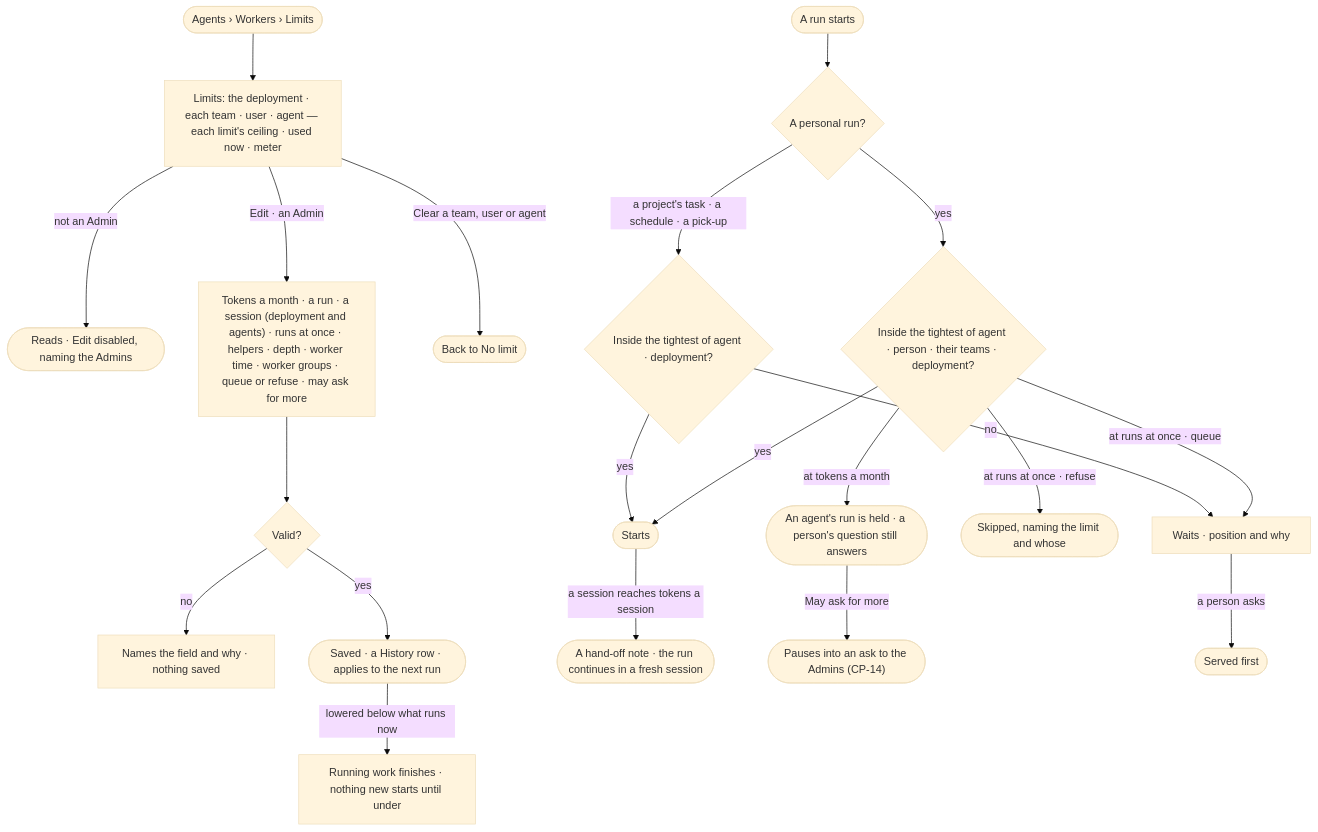
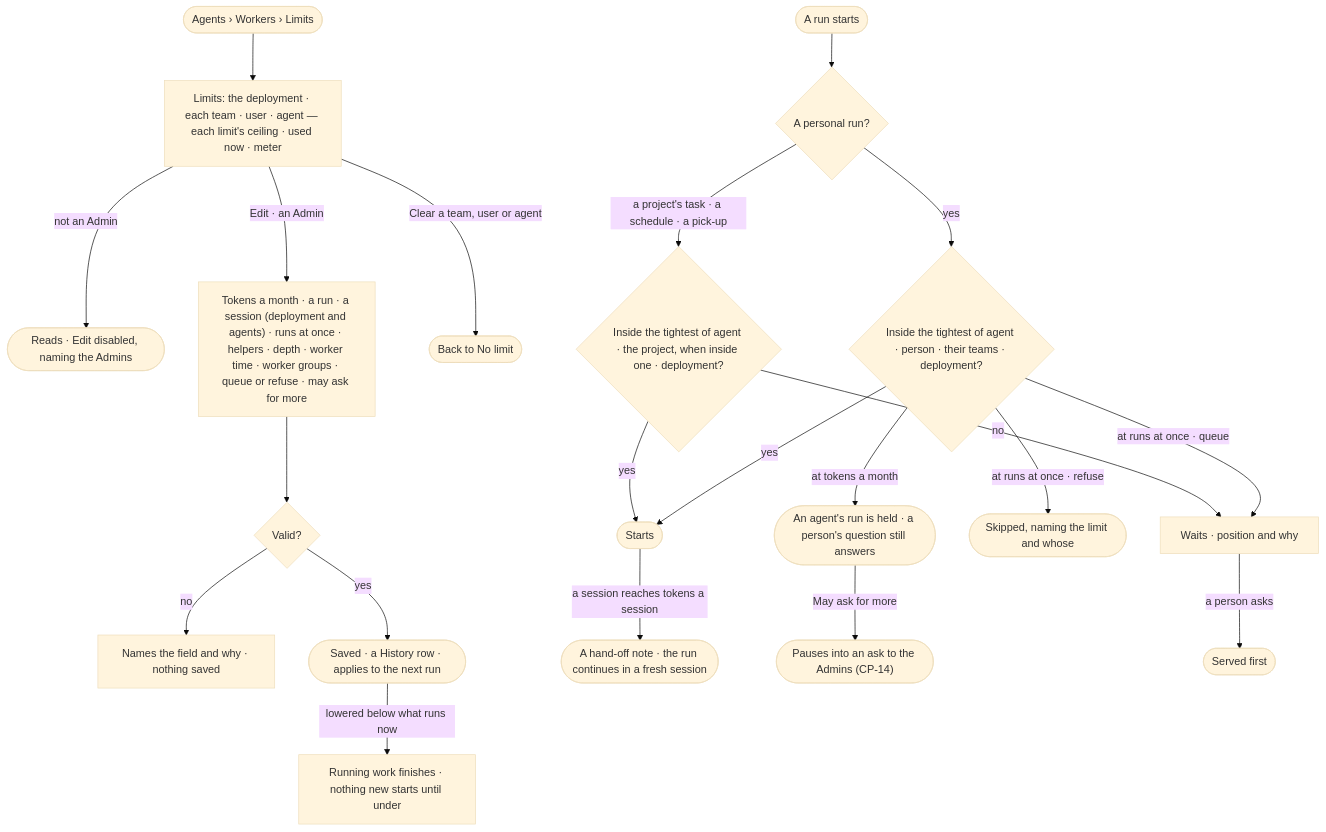
One commit to invana/invana changed the diagram in specs/os/control/features/CP-F04-limits/stories/CP-11-set-limits-for-the-deployment-a-team-a-user-or-an-agent/story.md. Above: the diagram before and after it, drawn with Mermaid (base theme). The commit also changed other lines of this file and 26 other files, not shown here.

First line of the commit message:
docs(specs): one Access Policy type, tabbed policy form, project limits

````diff
--- a/specs/os/control/features/CP-F04-limits/stories/CP-11-set-limits-for-the-deployment-a-team-a-user-or-an-agent/story.md
+++ b/specs/os/control/features/CP-F04-limits/stories/CP-11-set-limits-for-the-deployment-a-team-a-user-or-an-agent/story.md
@@ -27,23 +27,23 @@
 ```mermaid
 flowchart TD
   s([Agents › Workers › Limits]) --> t["Limits: the deployment · each team · user · agent — each limit's ceiling · used now · meter"]
   t -->|not an Admin| ro(["Reads · Edit disabled, naming the Admins"])
   t -->|Edit · an Admin| e["Tokens a month · a run · a session (deployment and agents) · runs at once · helpers · depth · worker time · worker groups · queue or refuse · may ask for more"]
   e --> v{"Valid?"}
   v -->|no| vf["Names the field and why · nothing saved"]
   v -->|yes| sv(["Saved · a History row · applies to the next run"])
   sv -->|lowered below what runs now| lo["Running work finishes · nothing new starts until under"]
   t -->|Clear a team, user or agent| cl(["Back to No limit"])
   run([A run starts]) --> pr{"A personal run?"}
   pr -->|yes| b{"Inside the tightest of agent · person · their teams · deployment?"}
-  pr -->|a project's task · a schedule · a pick-up| b2{"Inside the tightest of agent · deployment?"}
+  pr -->|a project's task · a schedule · a pick-up| b2{"Inside the tightest of agent · the project, when inside one · deployment?"}
   b2 -->|yes| go
   b2 -->|no| q
   go -->|a session reaches tokens a session| ct(["A hand-off note · the run continues in a fresh session"])
   b -->|yes| go(["Starts"])
   b -->|at runs at once · queue| q["Waits · position and why"]
   b -->|at runs at once · refuse| r(["Skipped, naming the limit and whose"])
   b -->|at tokens a month| h(["An agent's run is held · a person's question still answers"])
   h -->|May ask for more| ask(["Pauses into an ask to the Admins (CP-14)"])
   q -->|a person asks| p(["Served first"])
 ```
````
